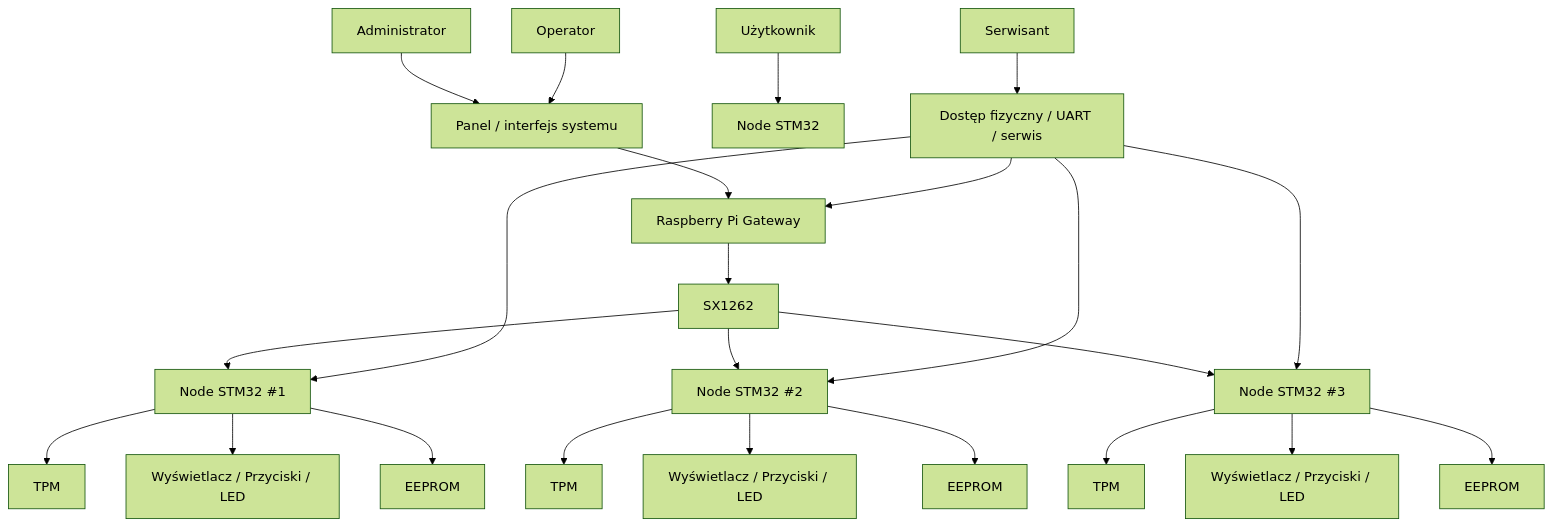
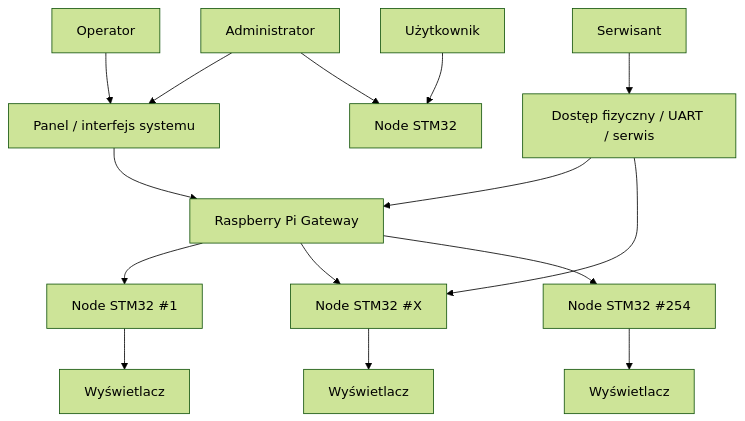
The first of 5 diagrams in README.md (MikolajDrozdz/BEKO), drawn with Mermaid (forest theme) before and after one commit. The commit also changed other lines of this file, not shown here.

Commit message:
Revise message types and update diagram references
Updated message types and corrected display references in the diagram.

`````diff
--- a/README.md
+++ b/README.md
@@ -274,31 +271,23 @@
 ```mermaid
 graph TD
     A["Administrator"] --> WEB["Panel / interfejs systemu"]
     O["Operator"] --> WEB
     U["Użytkownik"] --> NODE["Node STM32"]
+    A --> NODE
     S["Serwisant"] --> DEV["Dostęp fizyczny / UART / serwis"]
 
     WEB --> GW["Raspberry Pi Gateway"]
-    GW --> RADIO["SX1262"]
 
-    RADIO --> N1["Node STM32 #1"]
-    RADIO --> N2["Node STM32 #2"]
-    RADIO --> N3["Node STM32 #3"]
+    GW --> N1["Node STM32 #1"]
+    GW --> N2["Node STM32 #X"]
+    GW --> N3["Node STM32 #254"]
 
-    N1 --> TPM1["TPM"]
-    N1 --> UI1["Wyświetlacz / Przyciski / LED"]
-    N1 --> MEM1["EEPROM"]
+    N1 --> UI1["Wyświetlacz"]
 
-    N2 --> TPM2["TPM"]
-    N2 --> UI2["Wyświetlacz / Przyciski / LED"]
-    N2 --> MEM2["EEPROM"]
+    N2 --> UI2["Wyświetlacz"]
 
-    N3 --> TPM3["TPM"]
-    N3 --> UI3["Wyświetlacz / Przyciski / LED"]
-    N3 --> MEM3["EEPROM"]
+    N3 --> UI3["Wyświetlacz"]
 
     DEV --> GW
-    DEV --> N1
     DEV --> N2
-    DEV --> N3
 ````
`````
